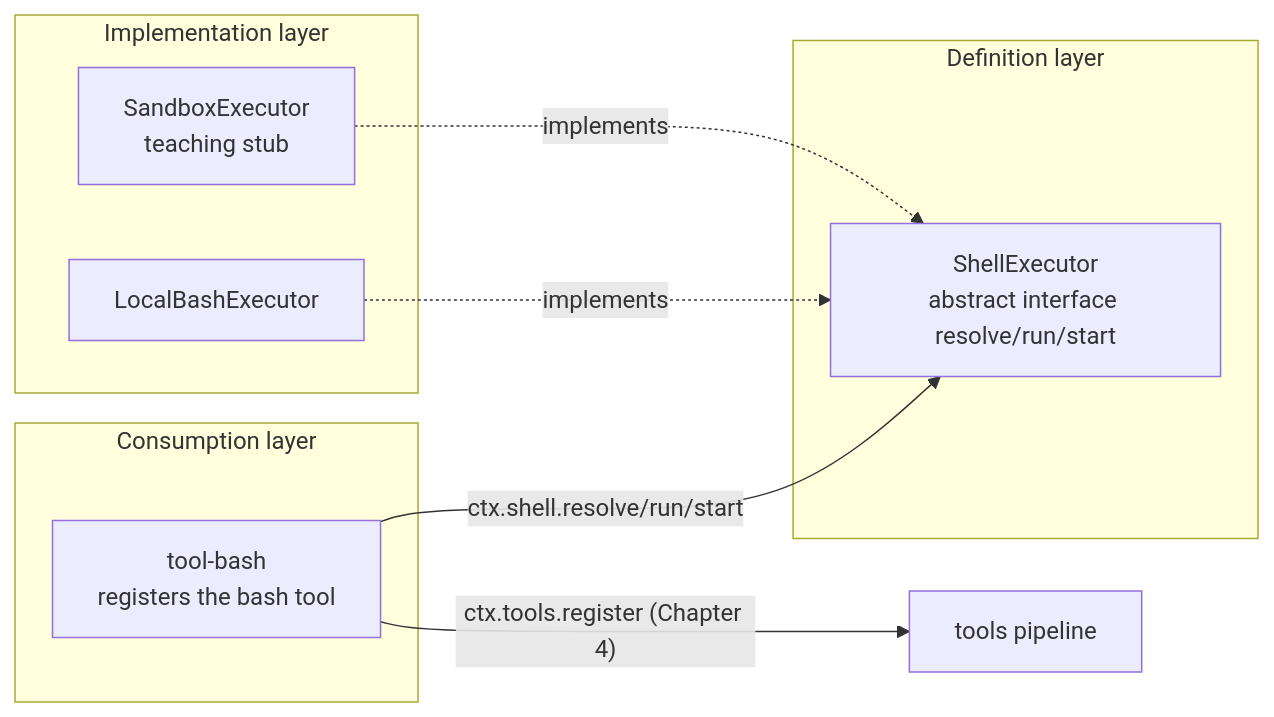
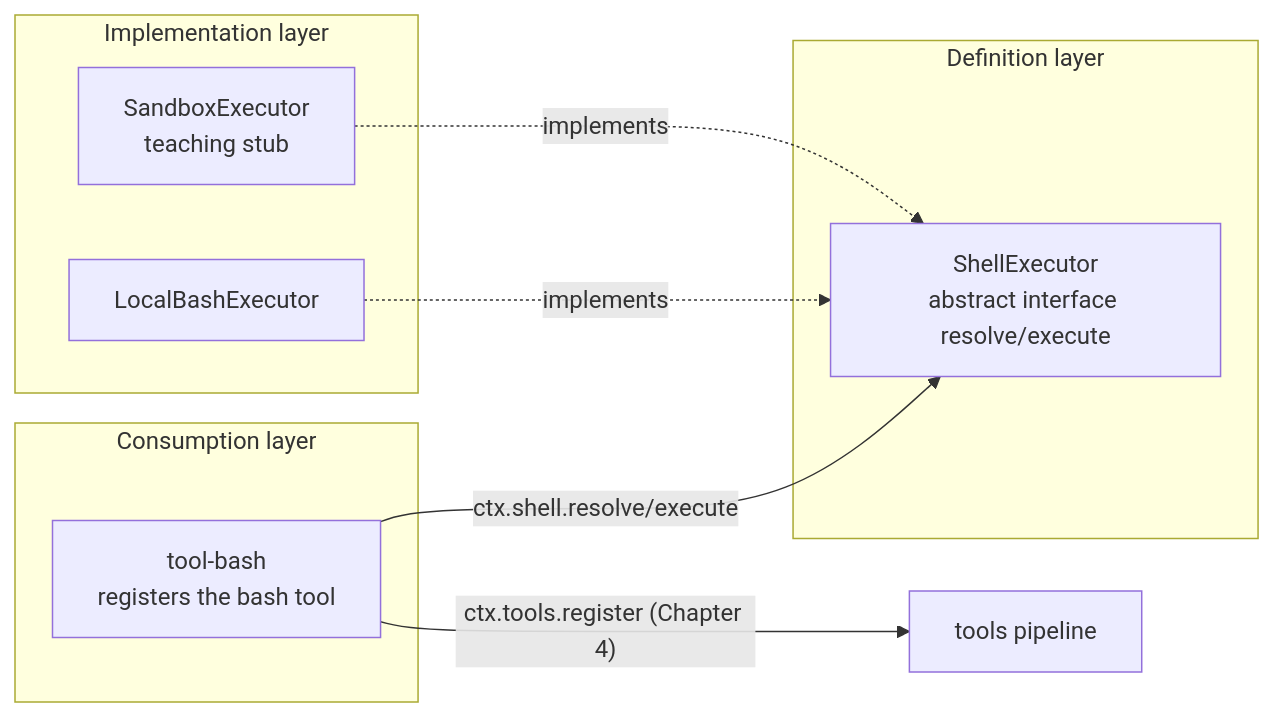
One commit to ChenYu1991ppak/deepseek-harness-anatomy changed the first of 2 diagrams in ch05/ch05-capability-seam-triple-role_en.md. Above: the diagram before and after it, drawn with Mermaid. The commit also changed other lines of this file and 124 other files, not shown here.

````diff
--- a/ch05/ch05-capability-seam-triple-role_en.md
+++ b/ch05/ch05-capability-seam-triple-role_en.md
@@ -68,17 +66,17 @@
 ```mermaid
 flowchart LR
     subgraph Definition layer
-        D[ShellExecutor<br/>abstract interface resolve/run/start]
+        D[ShellExecutor<br/>abstract interface resolve/execute]
     end
     subgraph Implementation layer
         P1[LocalBashExecutor]
         P2[SandboxExecutor<br/>teaching stub]
     end
     subgraph Consumption layer
         C[tool-bash<br/>registers the bash tool]
     end
-    C -->|"ctx.shell.resolve/run/start"| D
+    C -->|"ctx.shell.resolve/execute"| D
     P1 -.->|"implements"| D
     P2 -.->|"implements"| D
     C -->|"ctx.tools.register (Chapter 4)"| T[tools pipeline]
 ```
````
